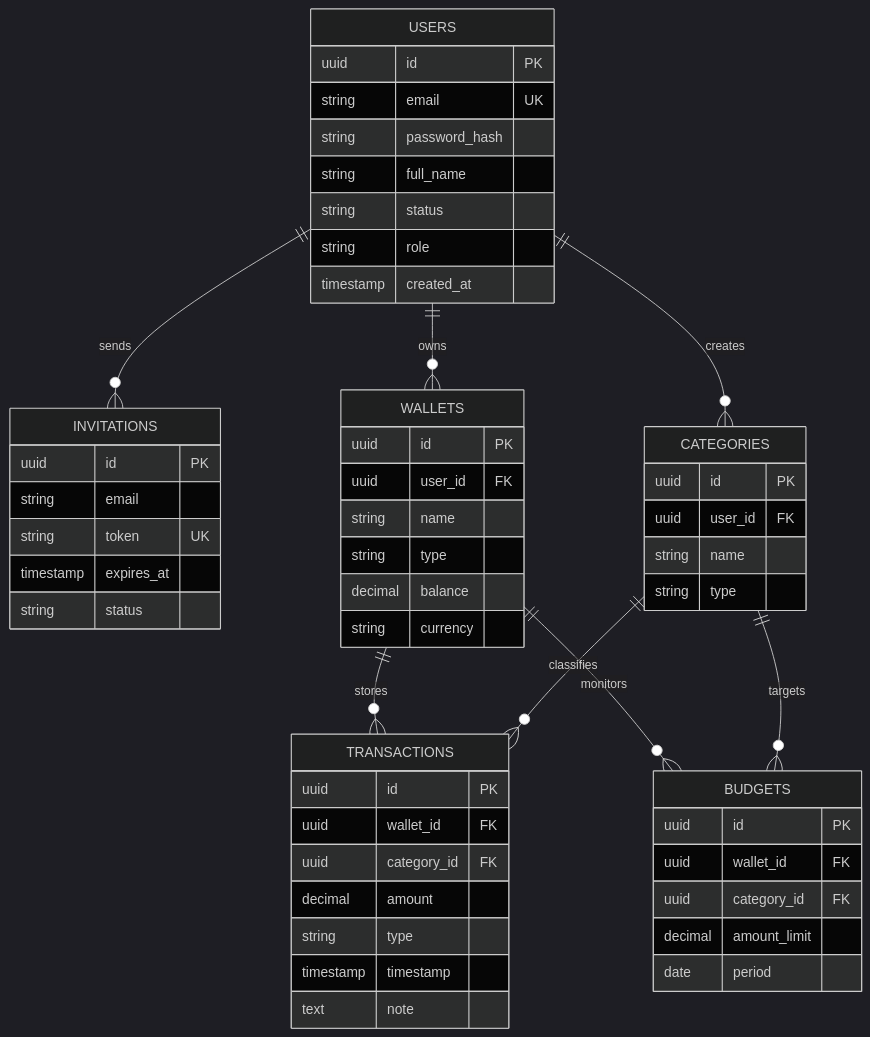
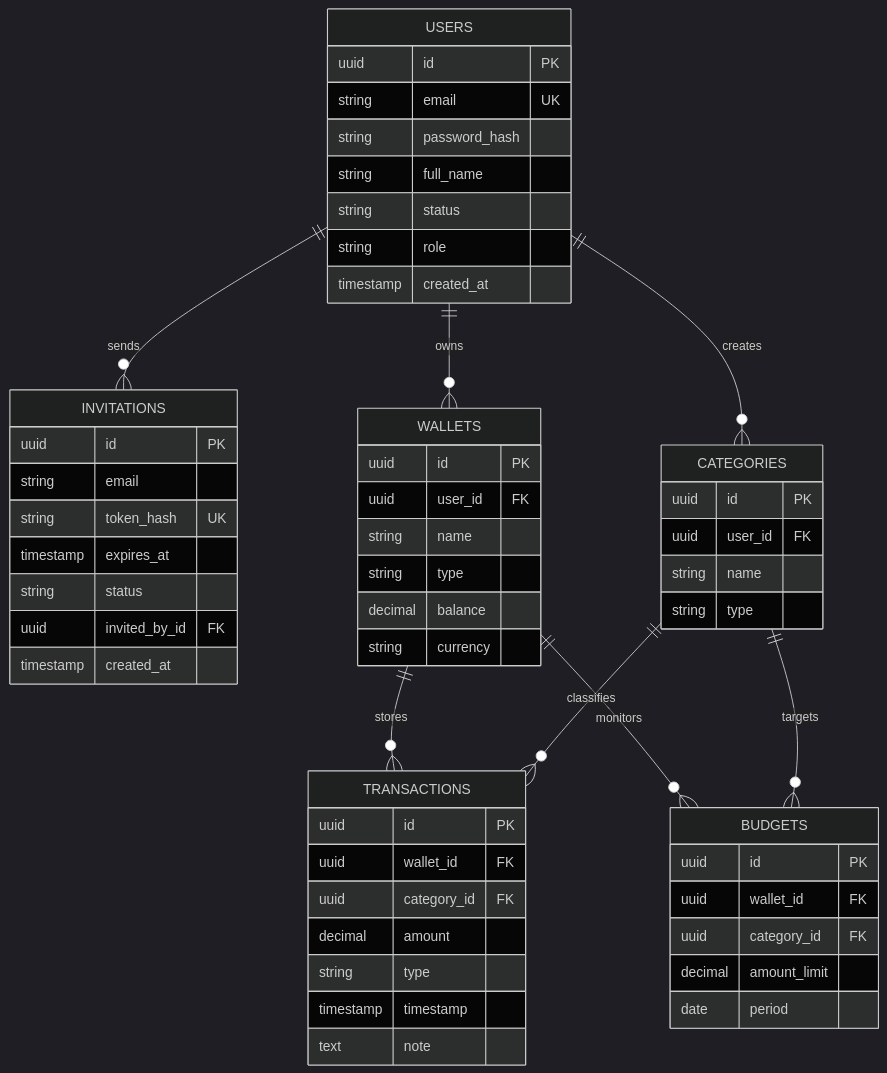
Before and after one commit to Viktorious1701/PFM: the sixth of 7 diagrams in SDS.md, drawn with Mermaid (dark theme). The commit also changed other lines of this file and 82 other files, not shown here.

````diff
--- a/SDS.md
+++ b/SDS.md
@@ -366,62 +390,64 @@
 ```mermaid
 erDiagram
     USERS ||--o{ INVITATIONS : sends
     USERS ||--o{ WALLETS : owns
     USERS ||--o{ CATEGORIES : creates
     WALLETS ||--o{ TRANSACTIONS : stores
     CATEGORIES ||--o{ TRANSACTIONS : classifies
     WALLETS ||--o{ BUDGETS : monitors
     CATEGORIES ||--o{ BUDGETS : targets
 
     USERS {
         uuid id PK
         string email UK
         string password_hash
         string full_name
         string status
         string role
         timestamp created_at
     }
 
     INVITATIONS {
         uuid id PK
         string email
-        string token UK
+        string token_hash UK
         timestamp expires_at
         string status
+        uuid invited_by_id FK
+        timestamp created_at
     }
 
     WALLETS {
         uuid id PK
         uuid user_id FK
         string name
         string type
         decimal balance
         string currency
     }
 
     CATEGORIES {
         uuid id PK
         uuid user_id FK
         string name
         string type
     }
 
     TRANSACTIONS {
         uuid id PK
         uuid wallet_id FK
         uuid category_id FK
         decimal amount
         string type
         timestamp timestamp
         text note
     }
 
     BUDGETS {
         uuid id PK
         uuid wallet_id FK
         uuid category_id FK
         decimal amount_limit
         date period
     }
 ```
````
